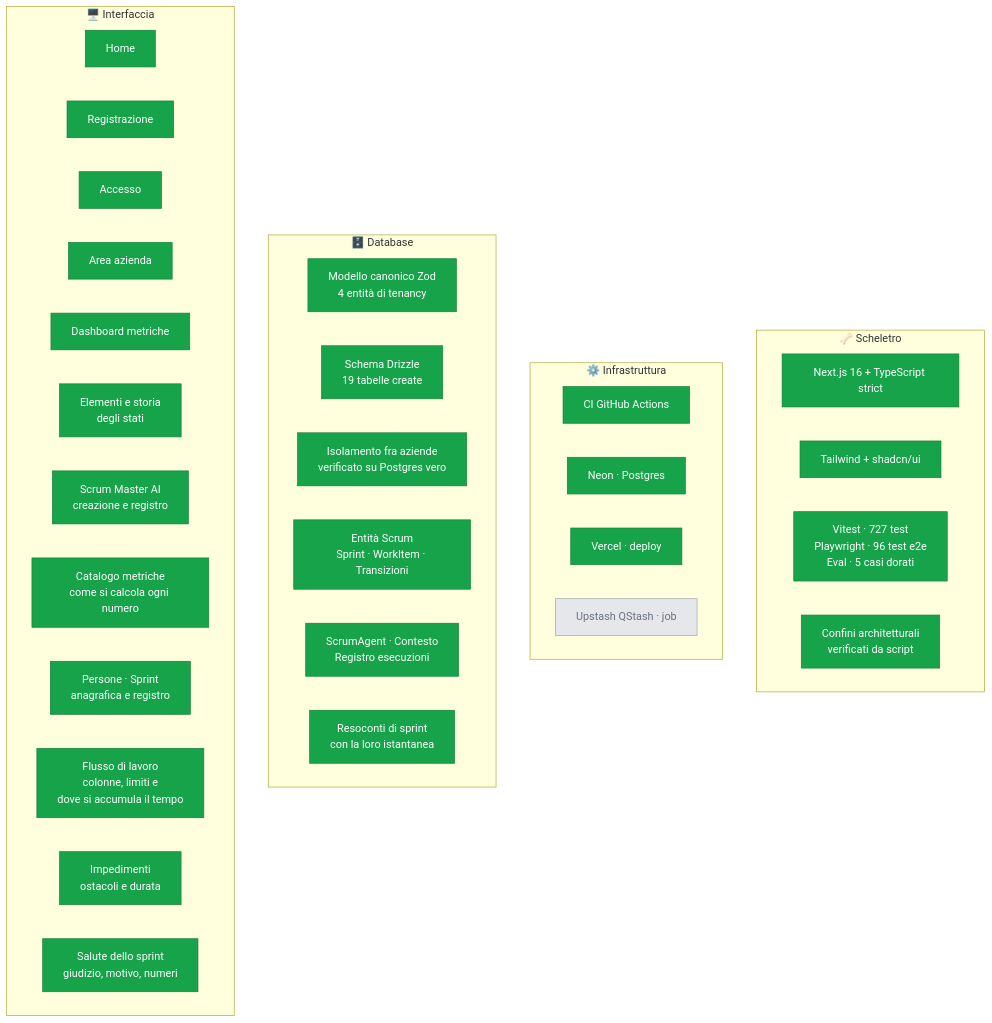
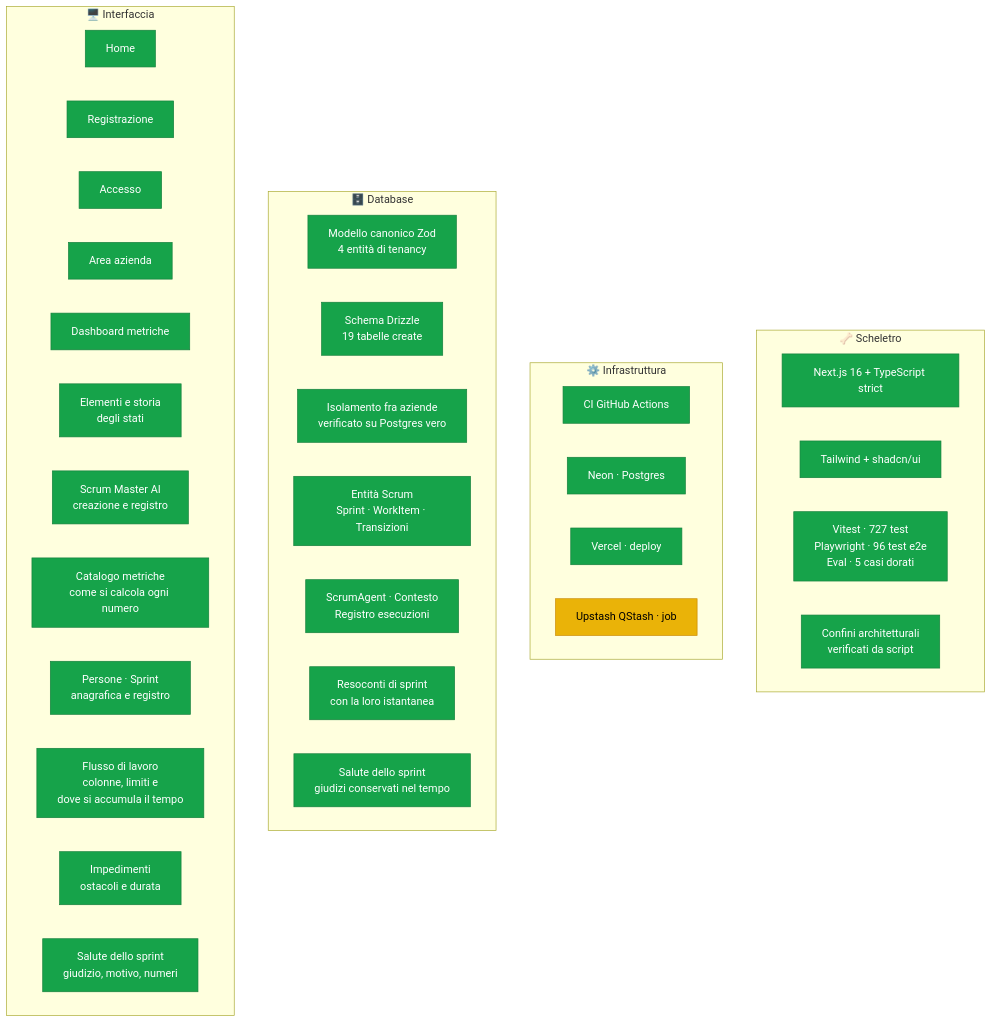
Before and after one commit to dibari62/scrum-master-ai: the first of 3 diagrams in docs/stato-progetto.md, drawn with Mermaid. The commit also changed other lines of this file and 22 other files, not shown here.

````diff
--- a/docs/stato-progetto.md
+++ b/docs/stato-progetto.md
@@ -14,50 +14,51 @@
 ```mermaid
 graph TB
     subgraph SCH["🦴 Scheletro"]
         S1["Next.js 16 + TypeScript strict"]
         S2["Tailwind + shadcn/ui"]
         S3["Vitest · 727 test<br/>Playwright · 96 test e2e<br/>Eval · 5 casi dorati"]
         S4["Confini architetturali<br/>verificati da script"]
     end
 
     subgraph INF["⚙️ Infrastruttura"]
         I1["CI GitHub Actions"]
         I2["Neon · Postgres"]
         I3["Vercel · deploy"]
         I4["Upstash QStash · job"]
     end
 
     subgraph DB["🗄️ Database"]
         D1["Modello canonico Zod<br/>4 entità di tenancy"]
         D2["Schema Drizzle<br/>19 tabelle create"]
         D3["Isolamento fra aziende<br/>verificato su Postgres vero"]
         D4["Entità Scrum<br/>Sprint · WorkItem · Transizioni"]
         D5["ScrumAgent · Contesto<br/>Registro esecuzioni"]
         D6["Resoconti di sprint<br/>con la loro istantanea"]
+        D7["Salute dello sprint<br/>giudizi conservati nel tempo"]
     end
 
     subgraph UI["🖥️ Interfaccia"]
         U1["Home"]
         U2["Registrazione"]
         U3["Accesso"]
         U4["Area azienda"]
         U5["Dashboard metriche"]
         U7["Elementi e storia<br/>degli stati"]
         U6["Scrum Master AI<br/>creazione e registro"]
         U8["Catalogo metriche<br/>come si calcola ogni numero"]
         U9["Persone · Sprint<br/>anagrafica e registro"]
         U10["Flusso di lavoro<br/>colonne, limiti e<br/>dove si accumula il tempo"]
         U11["Impedimenti<br/>ostacoli e durata"]
         U12["Salute dello sprint<br/>giudizio, motivo, numeri"]
     end
 
     classDef fatto fill:#16a34a,stroke:#15803d,color:#fff
     classDef corso fill:#eab308,stroke:#ca8a04,color:#000
     classDef todo fill:#e5e7eb,stroke:#9ca3af,color:#6b7280
 
     class S1,S2,S3,S4 fatto
     class I1,I2,I3 fatto
-    class I4 todo
-    class D1,D2,D3,D4,D5,D6 fatto
+    class I4 corso
+    class D1,D2,D3,D4,D5,D6,D7 fatto
     class U1,U2,U3,U4,U5,U6,U7,U8,U9,U10,U11,U12 fatto
 ```
````
